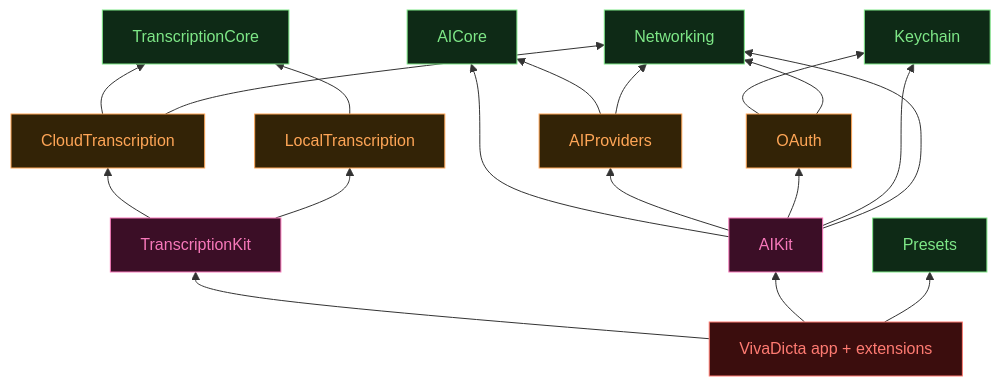
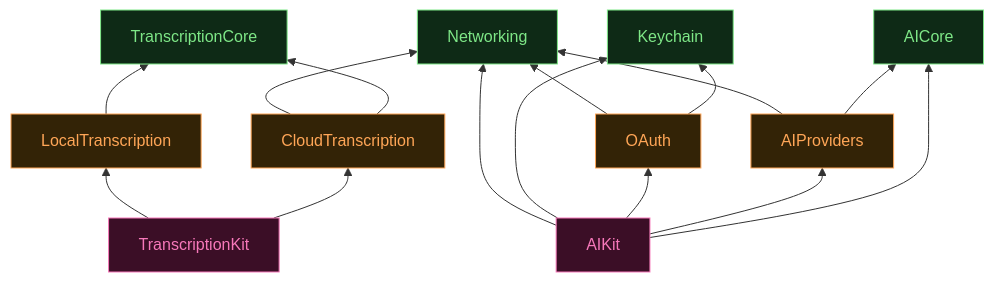
One commit to n0an/VivaDicta changed the second of 4 diagrams in README.md. Above: the diagram before and after it, drawn with Mermaid. The commit also changed 1 other file, not shown here.

Commit message:
De-clutter dependency graph: drop the app fan-out + leaf cores
The 'app depends on everything' fan-out (~10 edges) was pure noise on a
graph that should show inter-module structure. Drop the app node + its
edges and the leaf-only core modules (Presets/AppGroup/DesignSystem/
TestUtilities), leaving the two domain stacks legible; note in prose that
the app composes all + the leaf modules exist. Also add a note that 'core'
spans both generic infra and domain API kernels (same dep level, different
roles).

````diff
--- a/README.md
+++ b/README.md
@@ -160,41 +160,34 @@
 ```mermaid
 graph BT
   classDef core fill:#0e2a16,stroke:#7ee787,color:#7ee787
   classDef adapter fill:#332306,stroke:#ffa657,color:#ffa657
   classDef orchestrator fill:#3b0e26,stroke:#f778ba,color:#f778ba
-  classDef app fill:#3b0d0d,stroke:#ff7b72,color:#ff7b72
 
   Networking[Networking]:::core
   Keychain[Keychain]:::core
   AICore[AICore]:::core
   TranscriptionCore[TranscriptionCore]:::core
-  Presets[Presets]:::core
 
   OAuth[OAuth]:::adapter
   AIProviders[AIProviders]:::adapter
   CloudTranscription[CloudTranscription]:::adapter
   LocalTranscription[LocalTranscription]:::adapter
 
   TranscriptionKit[TranscriptionKit]:::orchestrator
   AIKit[AIKit]:::orchestrator
-
-  App[VivaDicta app + extensions]:::app
 
   OAuth --> Keychain
   OAuth --> Networking
   AIProviders --> AICore
   AIProviders --> Networking
   CloudTranscription --> TranscriptionCore
   CloudTranscription --> Networking
   LocalTranscription --> TranscriptionCore
   TranscriptionKit --> CloudTranscription
   TranscriptionKit --> LocalTranscription
   AIKit --> AICore
   AIKit --> AIProviders
   AIKit --> OAuth
   AIKit --> Keychain
   AIKit --> Networking
-  App --> TranscriptionKit
-  App --> AIKit
-  App --> Presets
 ```
````
